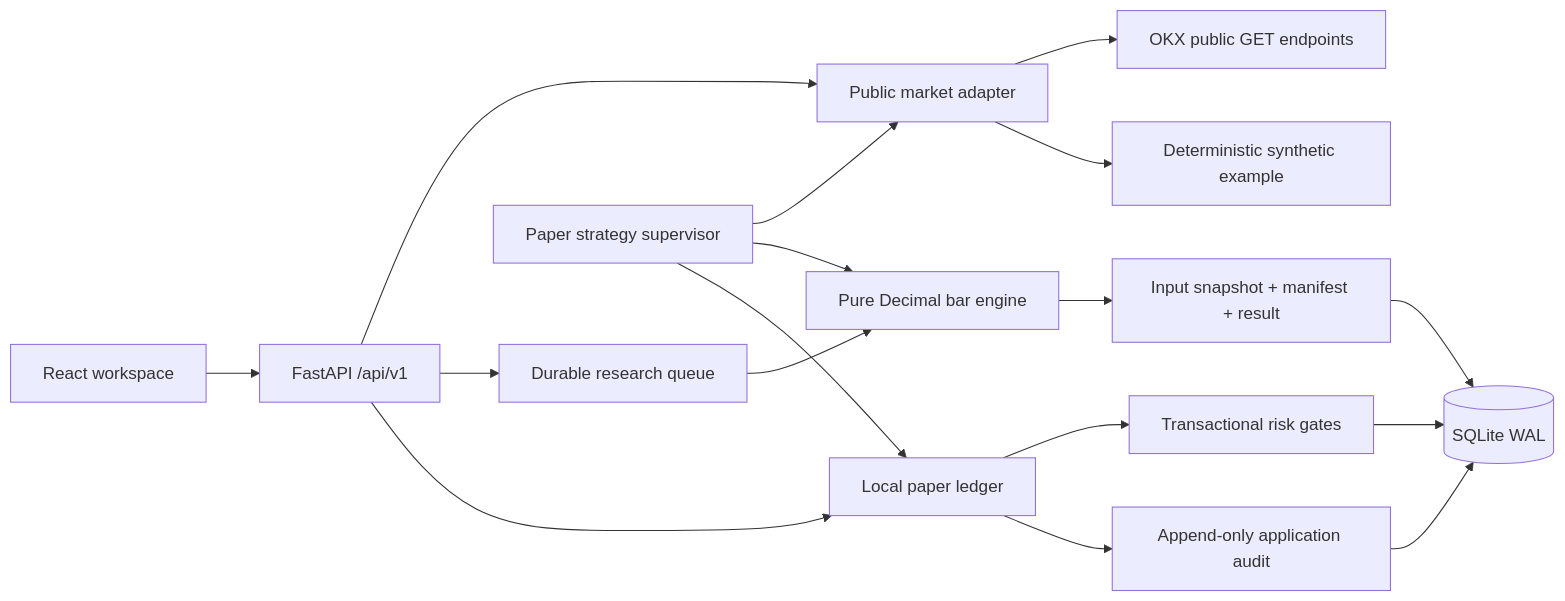
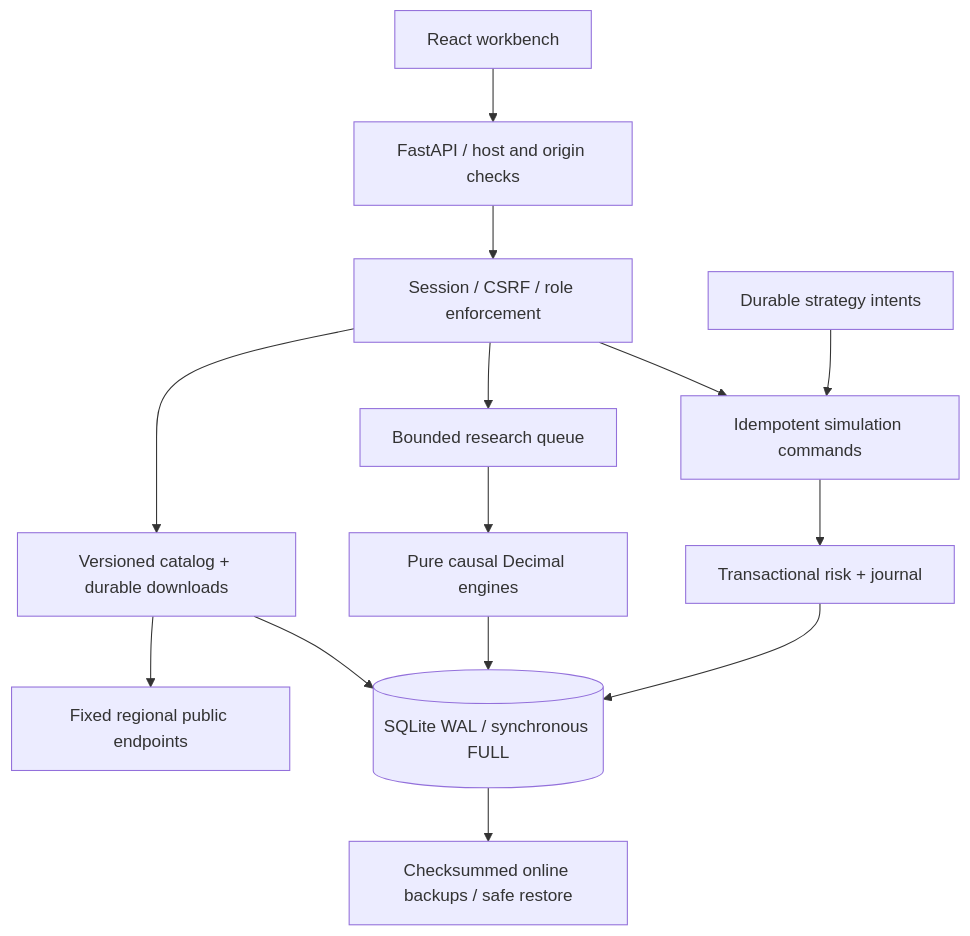
The diagram in docs/architecture.md (billpwchan/tidebench), drawn with Mermaid before and after one commit. The commit also changed other lines of this file and 69 other files, not shown here.

Commit message:
Build professional spot and perpetual research workspace

````diff
--- a/docs/architecture.md
+++ b/docs/architecture.md
@@ -5,19 +5,16 @@
 ```mermaid
-flowchart LR
-    UI[React workspace] --> API[FastAPI /api/v1]
-    API --> MD[Public market adapter]
-    MD --> OKX[OKX public GET endpoints]
-    MD --> EX[Deterministic synthetic example]
-    API --> JOB[Durable research queue]
-    JOB --> CORE[Pure Decimal bar engine]
-    CORE --> RUN[Input snapshot + manifest + result]
-    API --> DESK[Local paper ledger]
-    AUTO[Paper strategy supervisor] --> MD
-    AUTO --> CORE
-    AUTO --> DESK
-    DESK --> RISK[Transactional risk gates]
-    RUN --> DB[(SQLite WAL)]
-    RISK --> DB
-    DESK --> AUDIT[Append-only application audit]
-    AUDIT --> DB
+flowchart TD
+    UI[React workbench] --> API[FastAPI / host and origin checks]
+    API --> Access[Session / CSRF / role enforcement]
+    Access --> Catalog[Versioned catalog + durable downloads]
+    Catalog --> OKX[Fixed regional public endpoints]
+    Access --> Plans[Bounded research queue]
+    Plans --> Engine[Pure causal Decimal engines]
+    Access --> Commands[Idempotent simulation commands]
+    Forward[Durable strategy intents] --> Commands
+    Commands --> Risk[Transactional risk + journal]
+    Catalog --> DB[(SQLite WAL / synchronous FULL)]
+    Engine --> DB
+    Risk --> DB
+    DB --> Backups[Checksummed online backups / safe restore]
 ```
````
